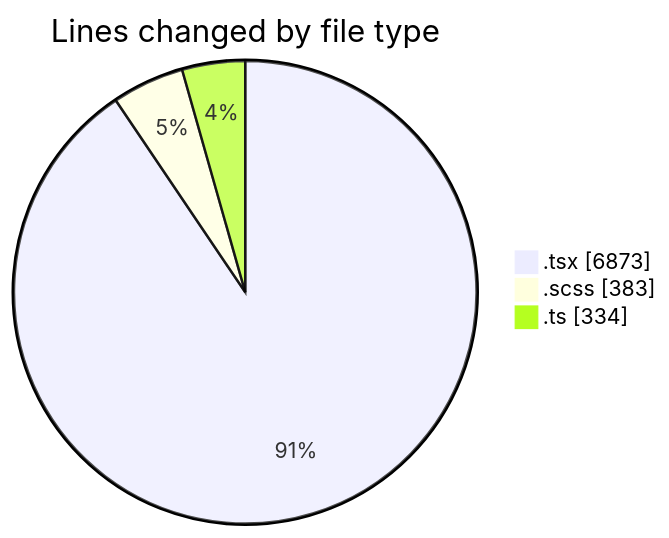
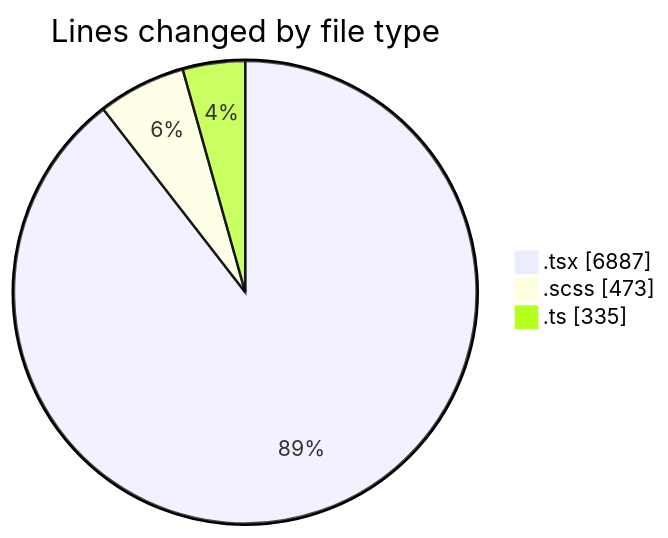
One commit to momahboobian/code-tracking changed the first of 2 diagrams in 2025-07-03/cda/README.md. Above: the diagram before and after it, drawn with Mermaid. The commit also changed other lines of this file and 1 other file, not shown here.

````diff
--- a/2025-07-03/cda/README.md
+++ b/2025-07-03/cda/README.md
@@ -43,7 +44,7 @@
 ```mermaid
 pie showData
 title Lines changed by file type
-".tsx" : 6873
-".scss" : 383
-".ts" : 334
+".tsx" : 6887
+".scss" : 473
+".ts" : 335
 ```
````
